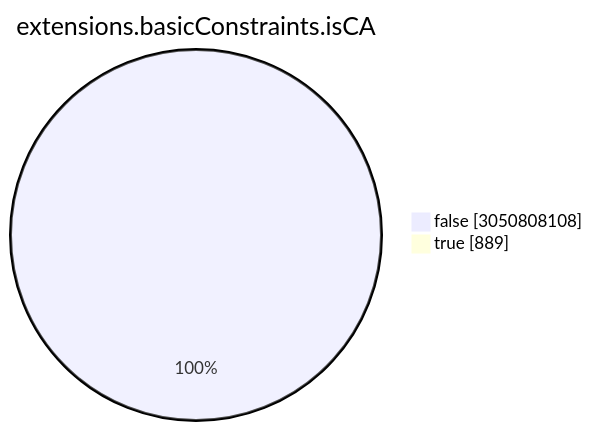
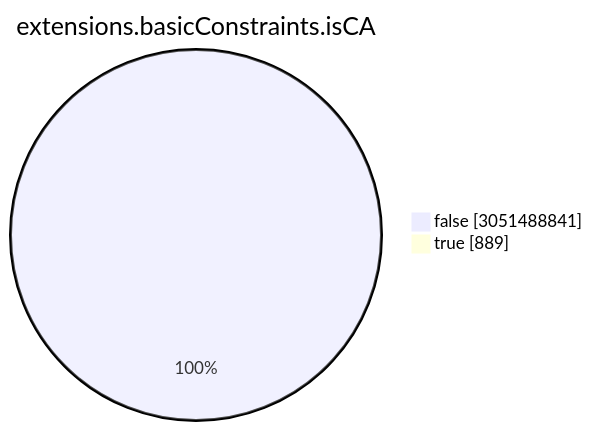
The seventh of 15 diagrams in TOTAL/README.md (christiankrug/ctmonitor_visualization), drawn with Mermaid before and after one commit. The commit also changed other lines of this file, not shown here.

````diff
--- a/TOTAL/README.md
+++ b/TOTAL/README.md
@@ -3086,6 +3086,6 @@
 ```mermaid
 pie showData
 title extensions.basicConstraints.isCA
-"false" :3050808108
+"false" :3051488841
 "true" :889
 ```
````
